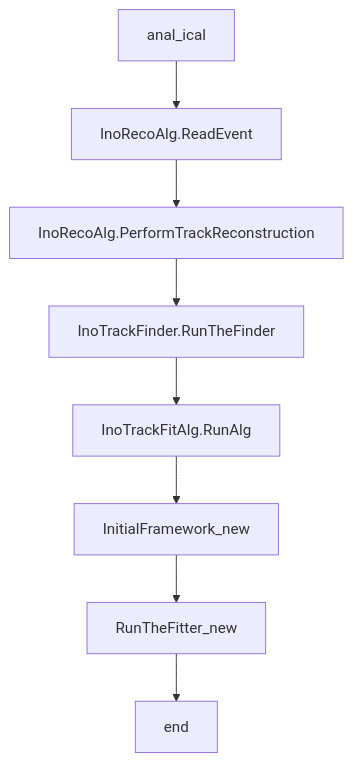
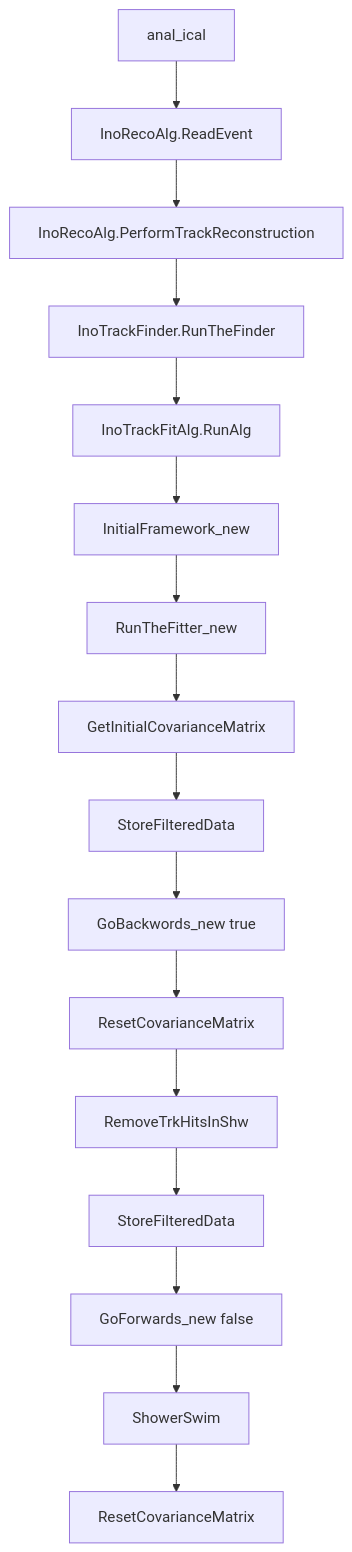
Before and after one commit to suryamondal/mIcal_anal: the diagram in README.md, drawn with Mermaid.

````diff
--- a/README.md
+++ b/README.md
@@ -52,6 +52,8 @@
 ```mermaid
   graph TD;
   id0[anal_ical]-->id1[InoRecoAlg.ReadEvent]-->id2[InoRecoAlg.PerformTrackReconstruction];
   id2-->id3[InoTrackFinder.RunTheFinder]-->id4[InoTrackFitAlg.RunAlg];
-  id4-->id5[InitialFramework_new]-->id6[RunTheFitter_new]-->id7[end];
+  id4-->id5[InitialFramework_new]-->id6[RunTheFitter_new];
+  id6-->id8[GetInitialCovarianceMatrix]-->id12[StoreFilteredData]-->id9[GoBackwords_new true]-->id10[ResetCovarianceMatrix];
+  id10-->id11[RemoveTrkHitsInShw]-->id14[StoreFilteredData]-->id13[GoForwards_new false]-->id15[ShowerSwim]-->id16[ResetCovarianceMatrix];
 ```
````
